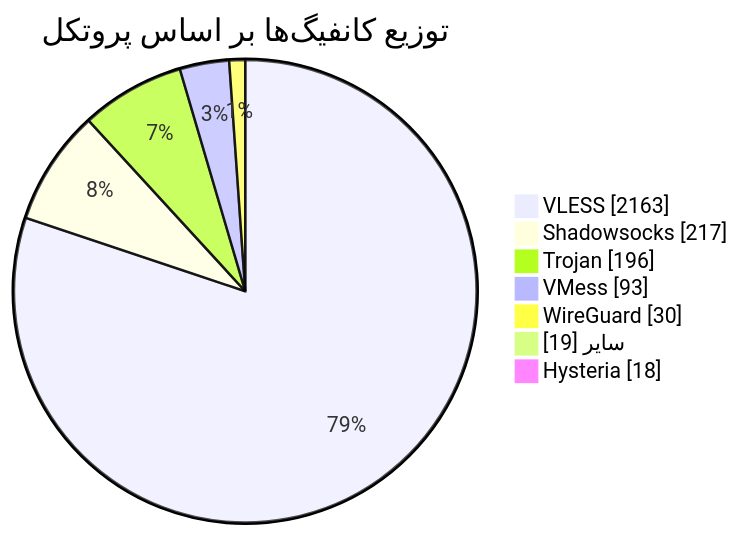
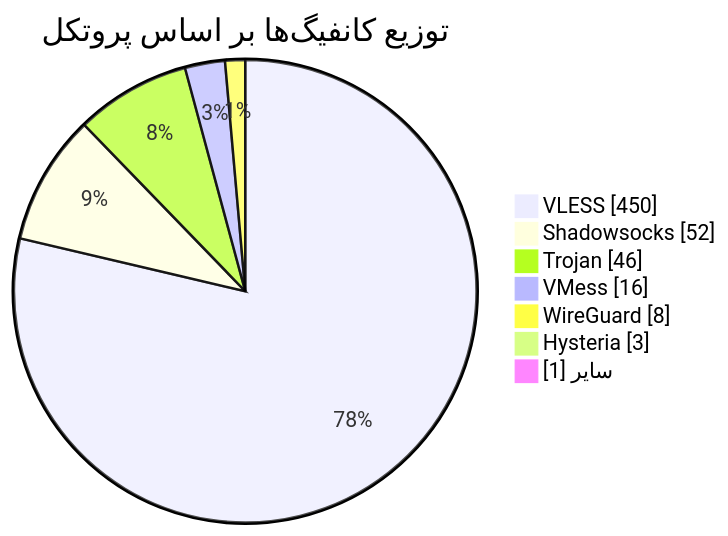
The diagram in README.md (Arian-Alijani/Somthing), drawn with Mermaid before and after one commit. The commit also changed other lines of this file and 145 other files, not shown here.

````diff
--- a/README.md
+++ b/README.md
@@ -49,11 +49,11 @@
 ```mermaid
 pie showData
     title توزیع کانفیگ‌ها بر اساس پروتکل
-    "VLESS" : 2163
-    "Shadowsocks" : 217
-    "Trojan" : 196
-    "VMess" : 93
-    "WireGuard" : 30
-    "سایر" : 19
-    "Hysteria" : 18
+    "VLESS" : 450
+    "Shadowsocks" : 52
+    "Trojan" : 46
+    "VMess" : 16
+    "WireGuard" : 8
+    "Hysteria" : 3
+    "سایر" : 1
 ```
````
